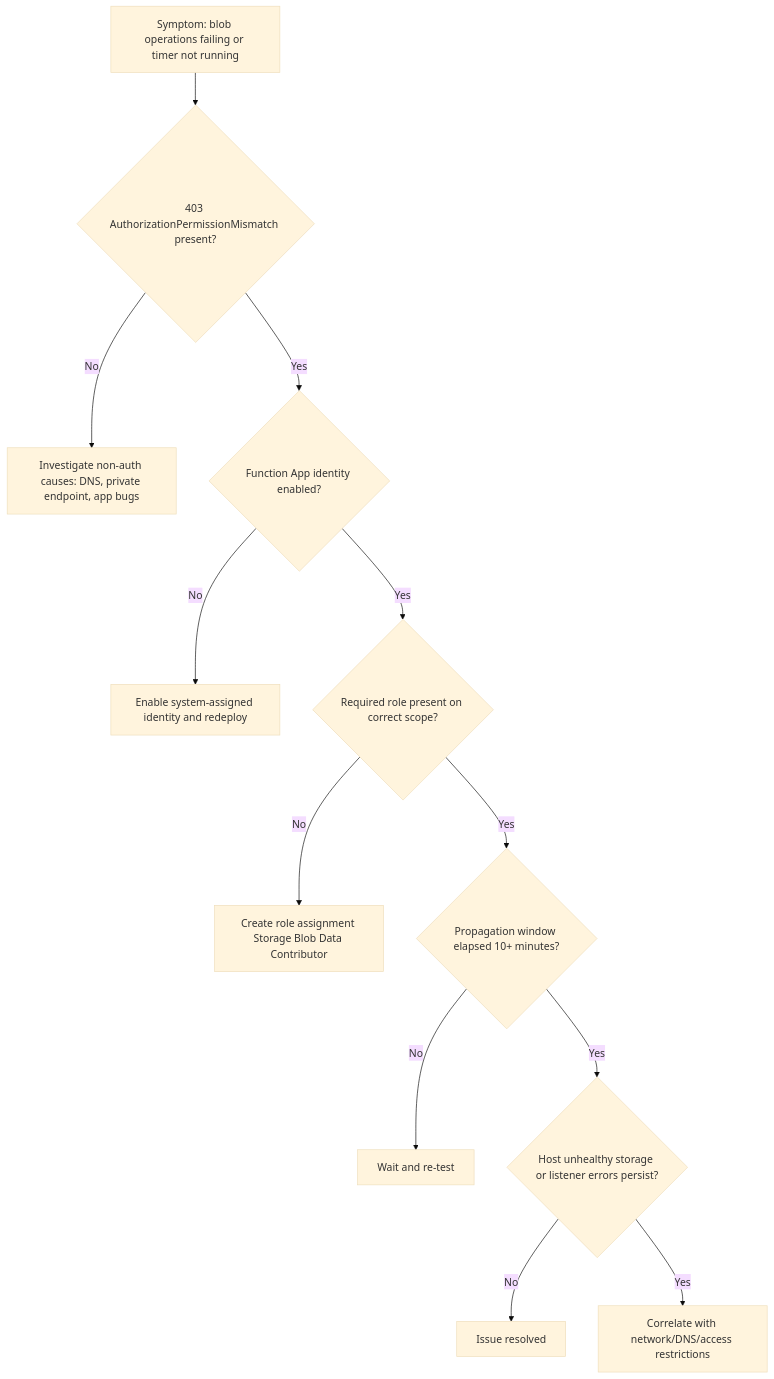
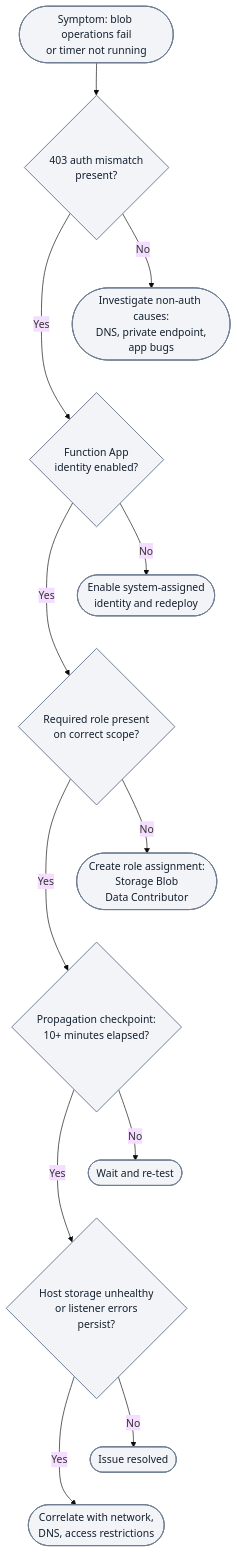
Before and after one commit to yeongseon/azure-functions-practical-guide: the fourth of 5 diagrams in docs/troubleshooting/lab-guides/managed-identity-auth.md, drawn with Mermaid (base theme). The commit also changed other lines of this file and 1 other file, not shown here.

First line of the commit message:
docs(diagrams): migrate Functions lab storage network auth — managed identity auth (#451)

````diff
--- a/docs/troubleshooting/lab-guides/managed-identity-auth.md
+++ b/docs/troubleshooting/lab-guides/managed-identity-auth.md
@@ -776,14 +822,24 @@
 ```mermaid
 flowchart TD
-    A[Symptom: blob operations failing or timer not running] --> B{403 AuthorizationPermissionMismatch present?}
-    B -->|No| C[Investigate non-auth causes: DNS, private endpoint, app bugs]
-    B -->|Yes| D{Function App identity enabled?}
-    D -->|No| E[Enable system-assigned identity and redeploy]
-    D -->|Yes| F{Required role present on correct scope?}
-    F -->|No| G[Create role assignment Storage Blob Data Contributor]
-    F -->|Yes| H{Propagation window elapsed 10+ minutes?}
-    H -->|No| I[Wait and re-test]
-    H -->|Yes| J{Host unhealthy storage or listener errors persist?}
-    J -->|No| K[Issue resolved]
-    J -->|Yes| L["Correlate with network/DNS/access restrictions"]
+    accTitle: Managed identity lab triage decisions
+    accDescr: Five Yes/No checks retain all outcomes: non-auth investigation, enabling identity, creating the lab role, waiting, resolution, or network correlation. This is diagnostic routing, not proof of a root cause.
+    A(["Symptom: blob operations fail<br/>or timer not running"]) --> B{"403 auth mismatch<br/>present?"}
+    B -->|No| C(["Investigate non-auth causes:<br/>DNS, private endpoint,<br/>app bugs"])
+    B -->|Yes| D{"Function App<br/>identity enabled?"}
+    D -->|No| E(["Enable system-assigned<br/>identity and redeploy"])
+    D -->|Yes| F{"Required role present<br/>on correct scope?"}
+    F -->|No| G(["Create role assignment:<br/>Storage Blob<br/>Data Contributor"])
+    F -->|Yes| H{"Propagation checkpoint:<br/>10+ minutes elapsed?"}
+    H -->|No| I(["Wait and re-test"])
+    H -->|Yes| J{"Host storage unhealthy<br/>or listener errors<br/>persist?"}
+    J -->|No| K(["Issue resolved"])
+    J -->|Yes| L(["Correlate with network,<br/>DNS, access restrictions"])
+    %% Layout-only links serialize branches; they add no diagnostic steps or arrows.
+    C ~~~ D
+    E ~~~ F
+    G ~~~ H
+    I ~~~ J
+    K ~~~ L
+    classDef neutral fill:#f2f4f8,stroke:#707e93,stroke-width:1.5px,color:#14202e;
+    class A,B,C,D,E,F,G,H,I,J,K,L neutral;
 ```
````
